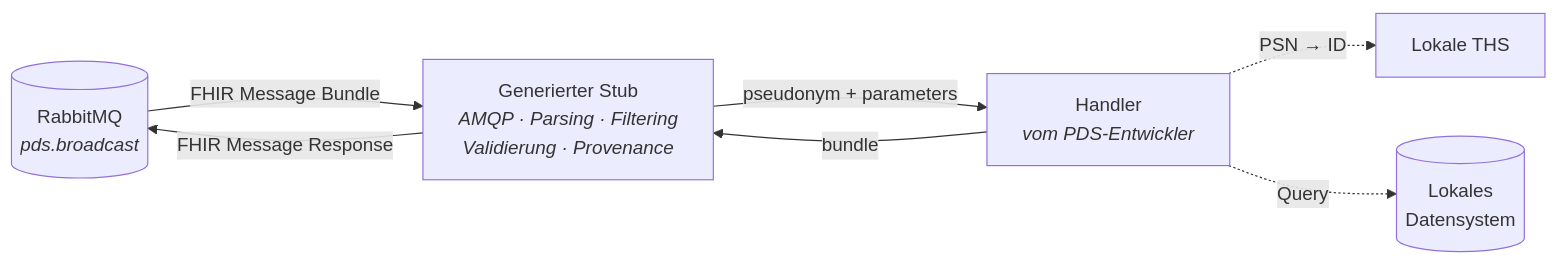
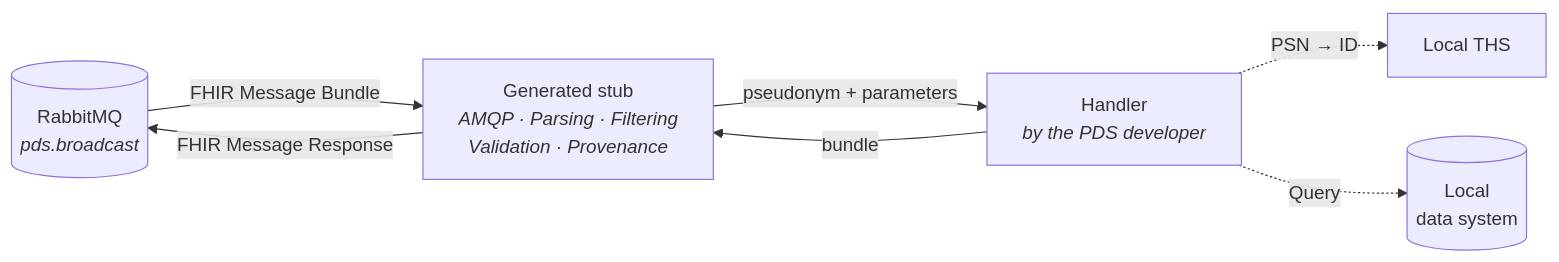
Before and after one commit to forschungsgruppe-digital-health/pds-query-broker: the first of 4 diagrams in PDS_INTEGRATION.md, drawn with Mermaid. The commit also changed other lines of this file and 40 other files, not shown here.

````diff
--- a/PDS_INTEGRATION.md
+++ b/PDS_INTEGRATION.md
@@ -31,15 +31,15 @@
 ```mermaid
 graph LR
     MQ[("RabbitMQ<br/><i>pds.broadcast</i>")]
-    STUB["Generierter Stub<br/><i>AMQP · Parsing · Filtering<br/>Validierung · Provenance</i>"]
-    HANDLER["Handler<br/><i>vom PDS-Entwickler</i>"]
-    THS["Lokale THS"]
-    SRC[("Lokales<br/>Datensystem")]
+    STUB["Generated stub<br/><i>AMQP · Parsing · Filtering<br/>Validation · Provenance</i>"]
+    HANDLER["Handler<br/><i>by the PDS developer</i>"]
+    THS["Local THS"]
+    SRC[("Local<br/>data system")]
 
     MQ -->|"FHIR Message Bundle"| STUB
     STUB -->|"pseudonym + parameters"| HANDLER
     HANDLER -->|"bundle"| STUB
     STUB -->|"FHIR Message Response"| MQ
     HANDLER -.->|"PSN → ID"| THS
     HANDLER -.->|"Query"| SRC
 ```
````
